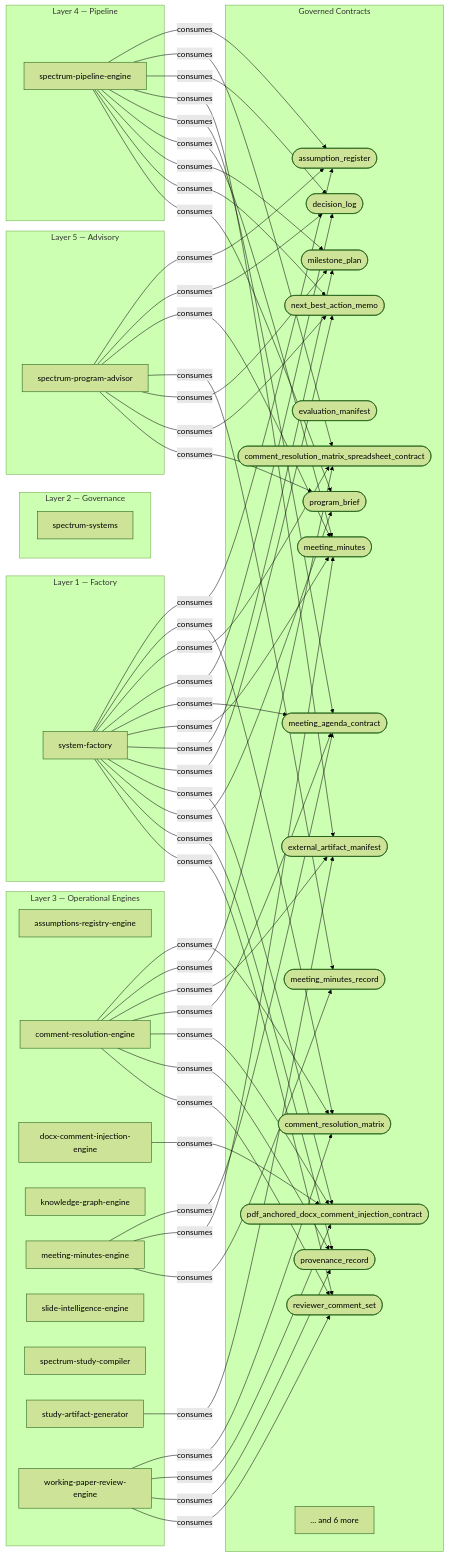
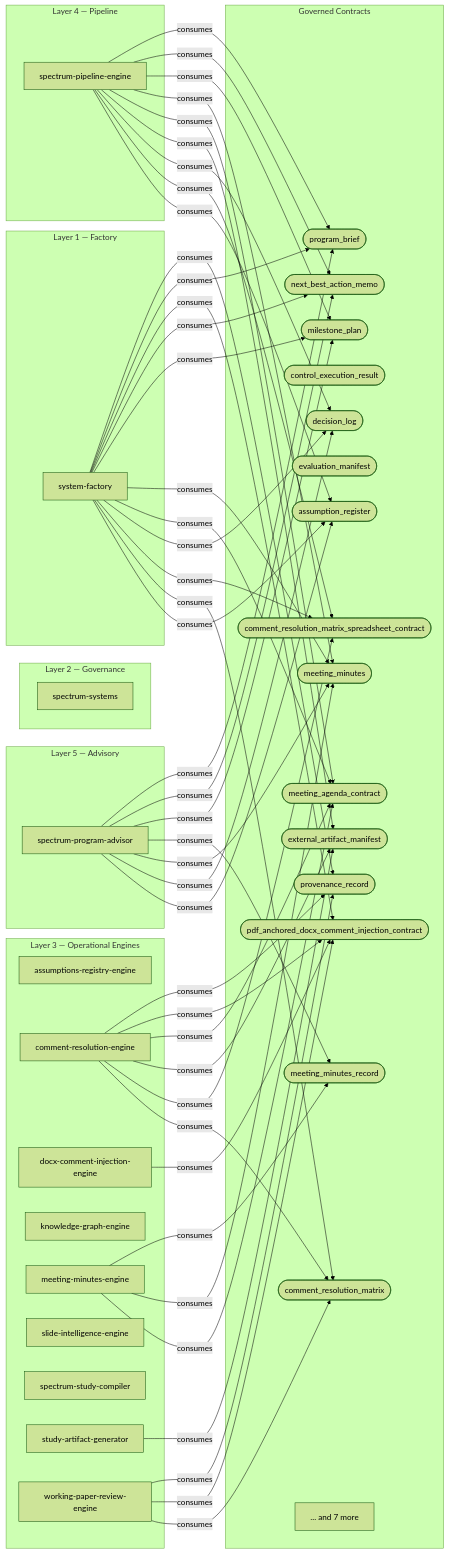
One commit to nicklasorte/spectrum-systems changed the diagram in governance/reports/ecosystem-architecture-graph.mmd. Above: the diagram before and after it, drawn with Mermaid (forest theme). The commit also changed 16 other files, not shown here.

Commit message:
Implement BN.8 Validator Execution Engine

```diff
--- a/governance/reports/ecosystem-architecture-graph.mmd
+++ b/governance/reports/ecosystem-architecture-graph.mmd
@@ -1,93 +1,90 @@
 graph LR
 
   subgraph Layer 2["Layer 2 — Governance"]
     spectrum_systems["spectrum-systems"]
   end
 
   subgraph Layer 1["Layer 1 — Factory"]
     system_factory["system-factory"]
   end
 
   subgraph Layer 3["Layer 3 — Operational Engines"]
     assumptions_registry_engine["assumptions-registry-engine"]
     comment_resolution_engine["comment-resolution-engine"]
     docx_comment_injection_engine["docx-comment-injection-engine"]
     knowledge_graph_engine["knowledge-graph-engine"]
     meeting_minutes_engine["meeting-minutes-engine"]
     slide_intelligence_engine["slide-intelligence-engine"]
     spectrum_study_compiler["spectrum-study-compiler"]
     study_artifact_generator["study-artifact-generator"]
     working_paper_review_engine["working-paper-review-engine"]
   end
 
   subgraph Layer 4["Layer 4 — Pipeline"]
     spectrum_pipeline_engine["spectrum-pipeline-engine"]
   end
 
   subgraph Layer 5["Layer 5 — Advisory"]
     spectrum_program_advisor["spectrum-program-advisor"]
   end
 
   subgraph Contracts["Governed Contracts"]
     assumption_register(["assumption_register"])
     comment_resolution_matrix(["comment_resolution_matrix"])
     comment_resolution_matrix_spreadsheet_contract(["comment_resolution_matrix_spreadsheet_contract"])
+    control_execution_result(["control_execution_result"])
     decision_log(["decision_log"])
     evaluation_manifest(["evaluation_manifest"])
     external_artifact_manifest(["external_artifact_manifest"])
     meeting_agenda_contract(["meeting_agenda_contract"])
     meeting_minutes(["meeting_minutes"])
     meeting_minutes_record(["meeting_minutes_record"])
     milestone_plan(["milestone_plan"])
     next_best_action_memo(["next_best_action_memo"])
     pdf_anchored_docx_comment_injection_contract(["pdf_anchored_docx_comment_injection_contract"])
     program_brief(["program_brief"])
     provenance_record(["provenance_record"])
-    reviewer_comment_set(["reviewer_comment_set"])
-    more_contracts["... and 6 more"]
+    more_contracts["... and 7 more"]
   end
 
   comment_resolution_engine -->|consumes| comment_resolution_matrix
   comment_resolution_engine -->|consumes| comment_resolution_matrix_spreadsheet_contract
   comment_resolution_engine -->|consumes| external_artifact_manifest
   comment_resolution_engine -->|consumes| meeting_agenda_contract
   comment_resolution_engine -->|consumes| pdf_anchored_docx_comment_injection_contract
   comment_resolution_engine -->|consumes| provenance_record
-  comment_resolution_engine -->|consumes| reviewer_comment_set
   docx_comment_injection_engine -->|consumes| pdf_anchored_docx_comment_injection_contract
   meeting_minutes_engine -->|consumes| meeting_agenda_contract
   meeting_minutes_engine -->|consumes| meeting_minutes
   meeting_minutes_engine -->|consumes| meeting_minutes_record
   spectrum_pipeline_engine -->|consumes| assumption_register
   spectrum_pipeline_engine -->|consumes| comment_resolution_matrix_spreadsheet_contract
   spectrum_pipeline_engine -->|consumes| decision_log
   spectrum_pipeline_engine -->|consumes| external_artifact_manifest
   spectrum_pipeline_engine -->|consumes| meeting_agenda_contract
   spectrum_pipeline_engine -->|consumes| meeting_minutes
   spectrum_pipeline_engine -->|consumes| milestone_plan
   spectrum_pipeline_engine -->|consumes| next_best_action_memo
   spectrum_pipeline_engine -->|consumes| program_brief
   spectrum_program_advisor -->|consumes| assumption_register
   spectrum_program_advisor -->|consumes| decision_log
   spectrum_program_advisor -->|consumes| meeting_minutes
   spectrum_program_advisor -->|consumes| meeting_minutes_record
   spectrum_program_advisor -->|consumes| milestone_plan
   spectrum_program_advisor -->|consumes| next_best_action_memo
   spectrum_program_advisor -->|consumes| program_brief
   study_artifact_generator -->|consumes| external_artifact_manifest
   system_factory -->|consumes| assumption_register
   system_factory -->|consumes| comment_resolution_matrix
   system_factory -->|consumes| comment_resolution_matrix_spreadsheet_contract
   system_factory -->|consumes| decision_log
   system_factory -->|consumes| meeting_agenda_contract
   system_factory -->|consumes| meeting_minutes
   system_factory -->|consumes| milestone_plan
   system_factory -->|consumes| next_best_action_memo
   system_factory -->|consumes| pdf_anchored_docx_comment_injection_contract
   system_factory -->|consumes| program_brief
   system_factory -->|consumes| provenance_record
-  system_factory -->|consumes| reviewer_comment_set
   working_paper_review_engine -->|consumes| comment_resolution_matrix
   working_paper_review_engine -->|consumes| pdf_anchored_docx_comment_injection_contract
   working_paper_review_engine -->|consumes| provenance_record
-  working_paper_review_engine -->|consumes| reviewer_comment_set
```
